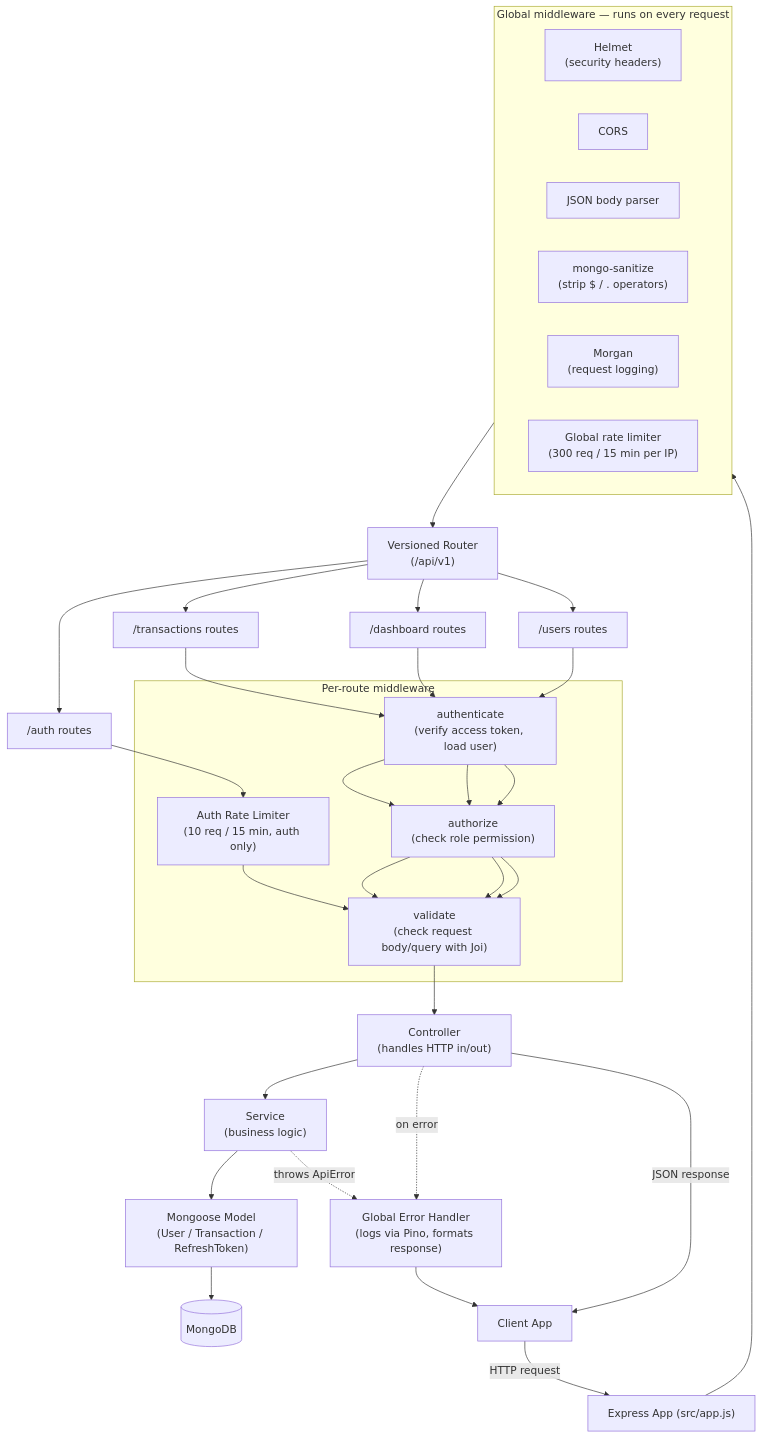
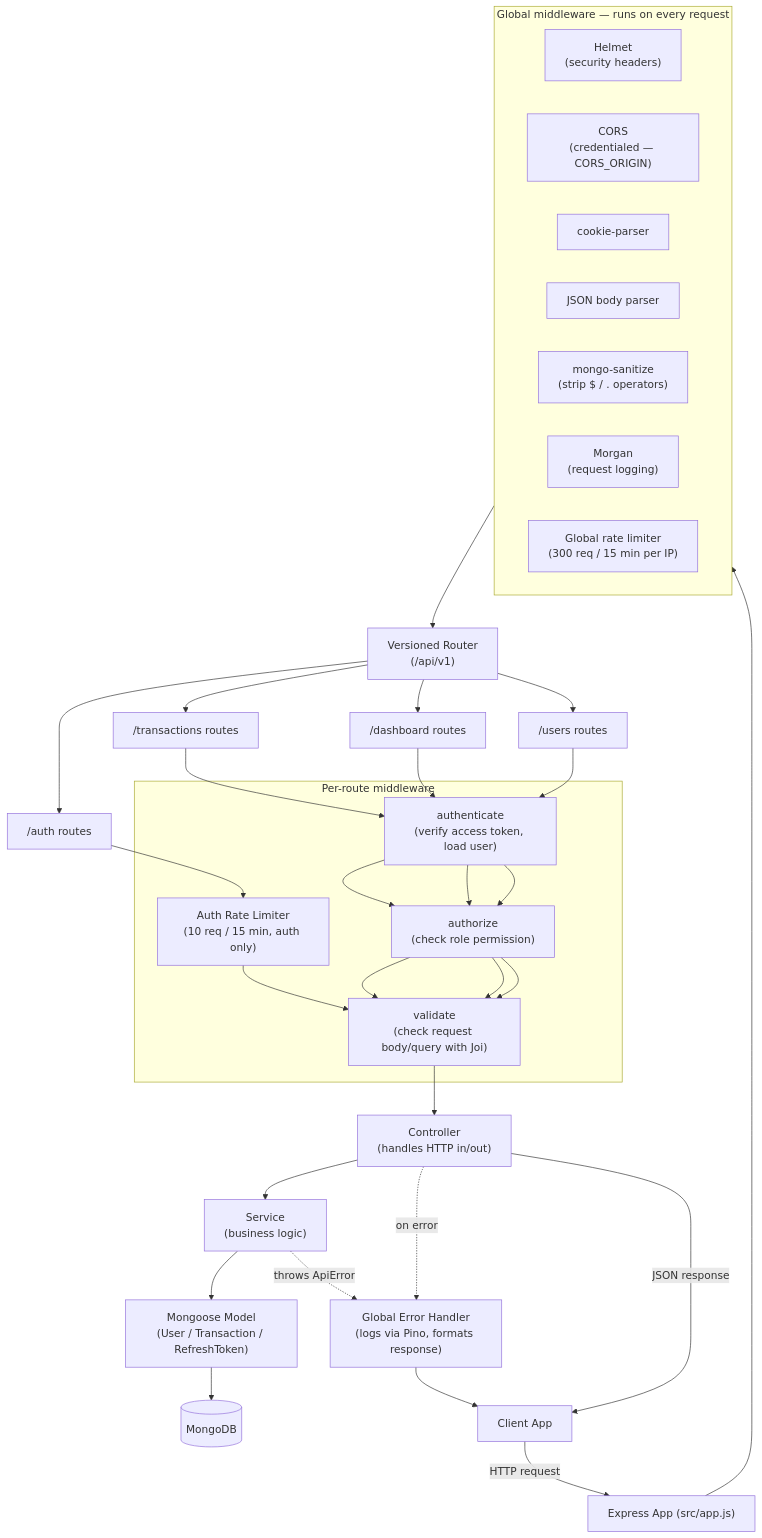
The second of 7 diagrams in docs/architecture.md (Tanmay268/ArthaGrid), drawn with Mermaid before and after one commit. The commit also changed other lines of this file and 107 other files, not shown here.

````diff
--- a/docs/architecture.md
+++ b/docs/architecture.md
@@ -43,43 +47,44 @@
 ```mermaid
 flowchart TD
     Client["Client App"] -->|"HTTP request"| App["Express App (src/app.js)"]
 
     subgraph Global["Global middleware — runs on every request"]
         Helmet["Helmet\n(security headers)"]
-        Cors["CORS"]
+        Cors["CORS\n(credentialed — CORS_ORIGIN)"]
+        CookieParser["cookie-parser"]
         JsonParse["JSON body parser"]
         Sanitize["mongo-sanitize\n(strip $ / . operators)"]
         Morgan["Morgan\n(request logging)"]
         GlobalLimit["Global rate limiter\n(300 req / 15 min per IP)"]
     end
 
     App --> Global --> Router["Versioned Router\n(/api/v1)"]
 
     Router --> AuthRoutes["/auth routes"]
     Router --> TxnRoutes["/transactions routes"]
     Router --> DashRoutes["/dashboard routes"]
     Router --> UserRoutes["/users routes"]
 
     subgraph PerRoute["Per-route middleware"]
         RateLimit["Auth Rate Limiter\n(10 req / 15 min, auth only)"]
         Authenticate["authenticate\n(verify access token, load user)"]
         Authorize["authorize\n(check role permission)"]
         Validate["validate\n(check request body/query with Joi)"]
     end
 
     AuthRoutes --> RateLimit --> Validate
     TxnRoutes --> Authenticate --> Authorize --> Validate
     DashRoutes --> Authenticate --> Authorize --> Validate
     UserRoutes --> Authenticate --> Authorize --> Validate
 
     Validate --> Controller["Controller\n(handles HTTP in/out)"]
     Controller --> Service["Service\n(business logic)"]
     Service --> Model["Mongoose Model\n(User / Transaction / RefreshToken)"]
     Model --> DB[(MongoDB)]
 
     Controller -.->|"on error"| ErrorHandler["Global Error Handler\n(logs via Pino, formats response)"]
     Service -.->|"throws ApiError"| ErrorHandler
     ErrorHandler --> Client
 
     Controller -->|"JSON response"| Client
 ```
````
